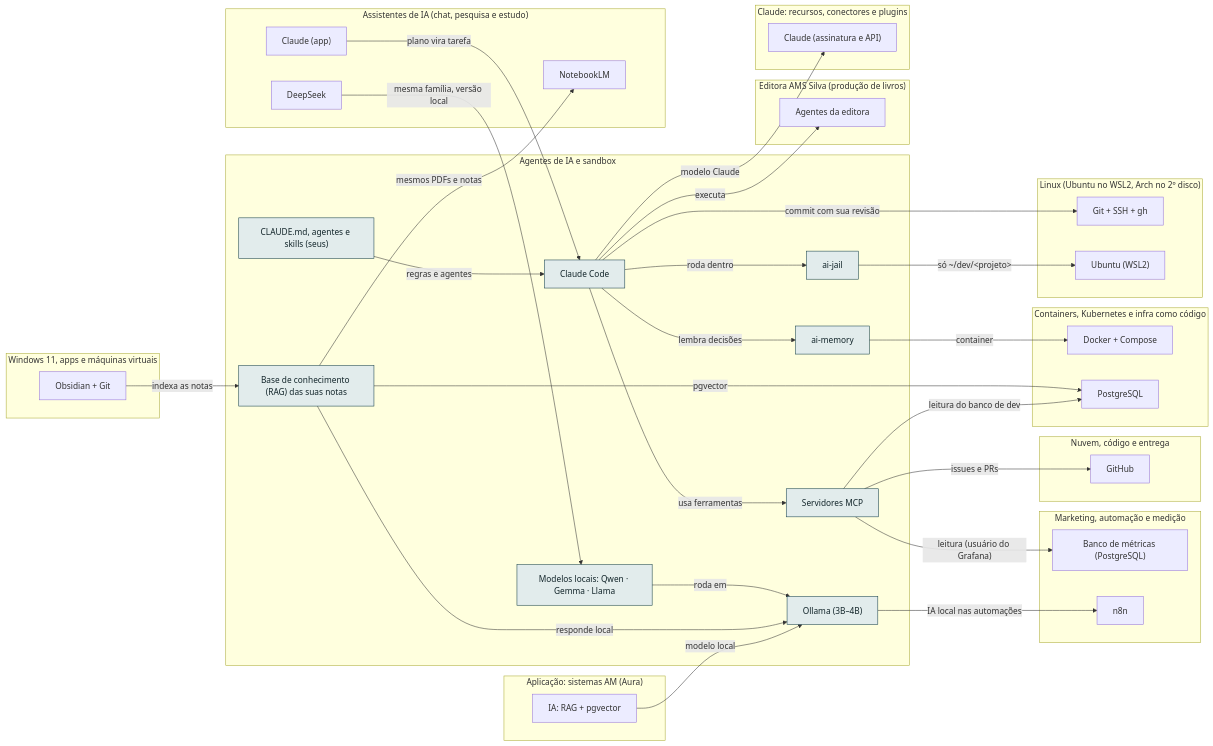
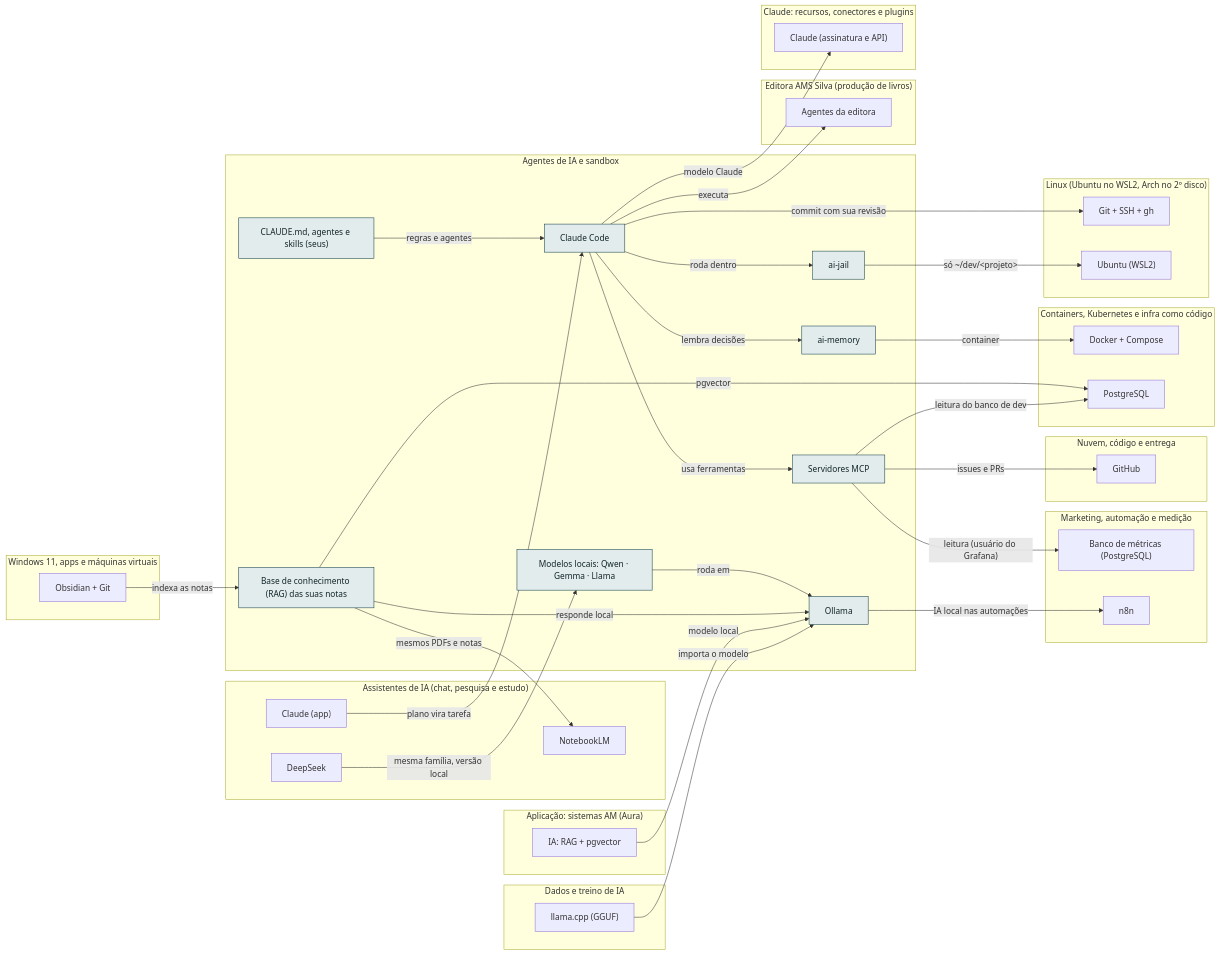
One commit to AlanMateus17/dev-setup changed the diagram in docs/camadas/05-ia.md. Above: the diagram before and after it, drawn with Mermaid. The commit also changed other lines of this file and 44 other files, not shown here.

First line of the commit message:
feat(dados-ia): engenharia de dados, treino de IA e pendrives de Kali e Arch

````diff
--- a/docs/camadas/05-ia.md
+++ b/docs/camadas/05-ia.md
@@ -14,68 +14,72 @@
 ```mermaid
 flowchart LR
   subgraph L_ia["Agentes de IA e sandbox"]
     n_lmods["Modelos locais: Qwen · Gemma · Llama"]
     n_rag["Base de conhecimento (RAG) das suas notas"]
     n_cc["Claude Code"]
     n_jail["ai-jail"]
     n_mem["ai-memory"]
     n_mcp["Servidores MCP"]
     n_kit["CLAUDE.md, agentes e skills (seus)"]
-    n_oll["Ollama (3B–4B)"]
+    n_oll["Ollama"]
   end
   subgraph L_mkt["Marketing, automação e medição"]
     n_metrics["Banco de métricas (PostgreSQL)"]
     n_n8n["n8n"]
   end
   subgraph L_editora["Editora AMS Silva (produção de livros)"]
     n_bagentes["Agentes da editora"]
   end
   subgraph L_nuvem["Nuvem, código e entrega"]
     n_gh["GitHub"]
   end
   subgraph L_app["Aplicação: sistemas AM (Aura)"]
     n_ai["IA: RAG + pgvector"]
   end
   subgraph L_cnt["Containers, Kubernetes e infra como código"]
     n_docker["Docker + Compose"]
     n_pg["PostgreSQL"]
   end
   subgraph L_clc["Claude: recursos, conectores e plugins"]
     n_anth["Claude (assinatura e API)"]
   end
   subgraph L_chat["Assistentes de IA (chat, pesquisa e estudo)"]
     n_capp2["Claude (app)"]
     n_ds["DeepSeek"]
     n_nblm["NotebookLM"]
+  end
+  subgraph L_dados["Dados e treino de IA"]
+    n_gguf["llama.cpp (GGUF)"]
   end
   subgraph L_lin["Linux (Ubuntu no WSL2, Arch no 2º disco)"]
     n_git["Git + SSH + gh"]
     n_wsl["Ubuntu (WSL2)"]
   end
   subgraph L_win["Windows 11, apps e máquinas virtuais"]
     n_obsd["Obsidian + Git"]
   end
   n_lmods -->|"roda em"| n_oll
   n_ds -->|"mesma família, versão local"| n_lmods
   n_rag -->|"responde local"| n_oll
   n_rag -->|"pgvector"| n_pg
   n_rag -->|"mesmos PDFs e notas"| n_nblm
   n_obsd -->|"indexa as notas"| n_rag
   n_cc -->|"roda dentro"| n_jail
   n_cc -->|"lembra decisões"| n_mem
   n_cc -->|"usa ferramentas"| n_mcp
   n_cc -->|"modelo Claude"| n_anth
   n_cc -->|"executa"| n_bagentes
   n_cc -->|"commit com sua revisão"| n_git
   n_kit -->|"regras e agentes"| n_cc
   n_capp2 -->|"plano vira tarefa"| n_cc
   n_jail -->|"só ~/dev/#lt;projeto#gt;"| n_wsl
   n_mem -->|"container"| n_docker
   n_mcp -->|"issues e PRs"| n_gh
   n_mcp -->|"leitura do banco de dev"| n_pg
   n_mcp -->|"leitura (usuário do Grafana)"| n_metrics
   n_oll -->|"IA local nas automações"| n_n8n
   n_ai -->|"modelo local"| n_oll
+  n_gguf -->|"importa o modelo"| n_oll
   classDef desta fill:#e2ecec,stroke:#0e3a45,color:#13262b
   class n_lmods,n_rag,n_cc,n_jail,n_mem,n_mcp,n_kit,n_oll desta
 ```
````
